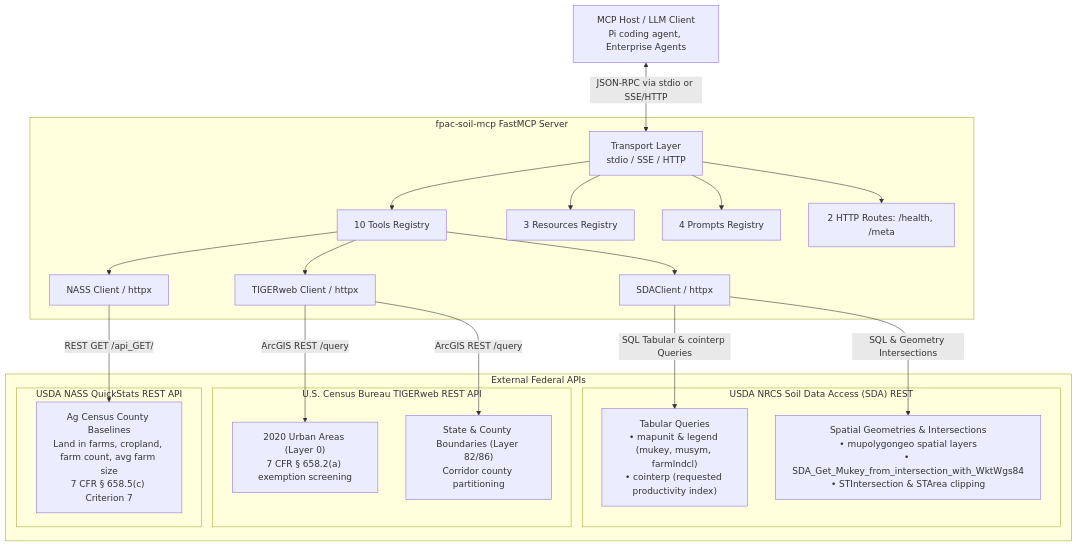
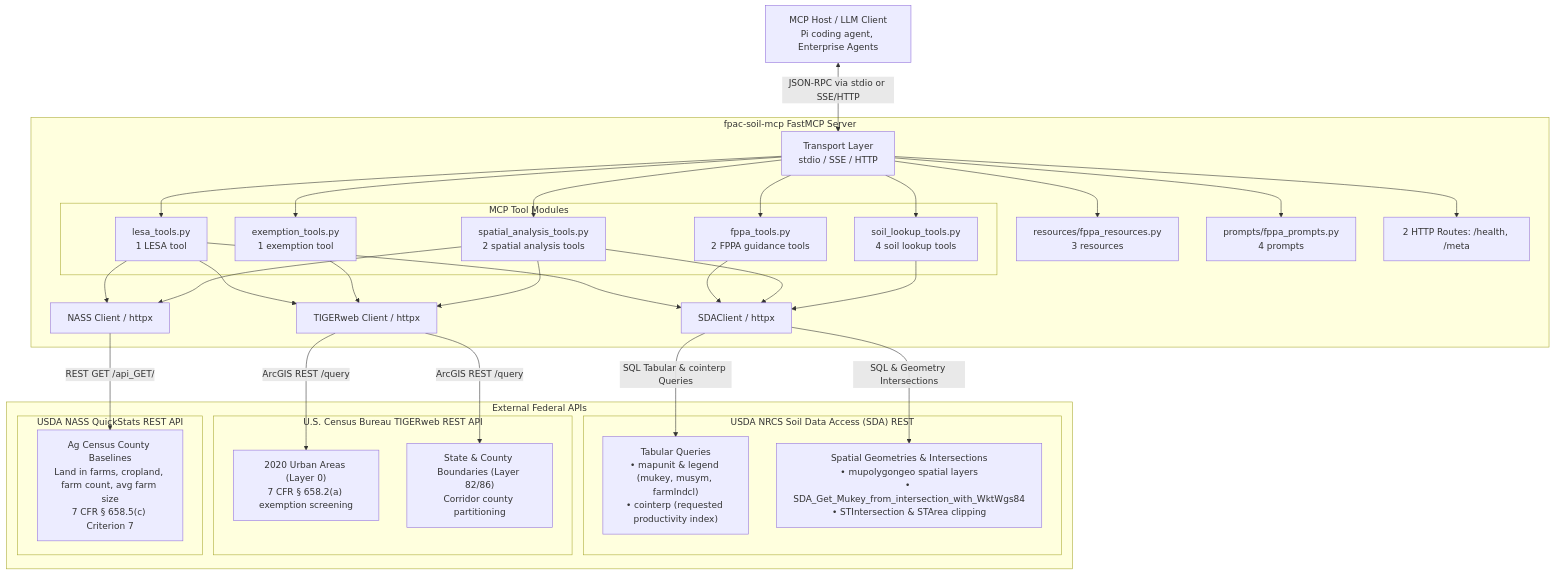
One commit to AndrewBrown-USDA/fpac-soil-mcp changed the diagram in README.md. Above: the diagram before and after it, drawn with Mermaid.

````diff
--- a/README.md
+++ b/README.md
@@ -48,43 +48,59 @@
 ```mermaid
 flowchart TD
     Client["MCP Host / LLM Client\nPi coding agent, Enterprise Agents"]
     
     subgraph FastMCP_Server ["fpac-soil-mcp FastMCP Server"]
         Router["Transport Layer\nstdio / SSE / HTTP"]
-        Tools["10 Tools Registry"]
-        Resources["3 Resources Registry"]
-        Prompts["4 Prompts Registry"]
+        subgraph ToolModules ["MCP Tool Modules"]
+            SoilTools["soil_lookup_tools.py\n4 soil lookup tools"]
+            SpatialTools["spatial_analysis_tools.py\n2 spatial analysis tools"]
+            FppaTools["fppa_tools.py\n2 FPPA guidance tools"]
+            ExemptionTools["exemption_tools.py\n1 exemption tool"]
+            LesaTools["lesa_tools.py\n1 LESA tool"]
+        end
+        Resources["resources/fppa_resources.py\n3 resources"]
+        Prompts["prompts/fppa_prompts.py\n4 prompts"]
         Routes["2 HTTP Routes: /health, /meta"]
         ClientModule["SDAClient / httpx"]
         TIGERClient["TIGERweb Client / httpx"]
         NASSClient["NASS Client / httpx"]
     end
 
     subgraph External_APIs ["External Federal APIs"]
         subgraph SDA ["USDA NRCS Soil Data Access (SDA) REST"]
             SDATabular["Tabular Queries\n• mapunit & legend (mukey, musym, farmlndcl)\n• cointerp (requested productivity index)"]
             SDASpatial["Spatial Geometries & Intersections\n• mupolygongeo spatial layers\n• SDA_Get_Mukey_from_intersection_with_WktWgs84\n• STIntersection & STArea clipping"]
         end
         subgraph TIGERweb ["U.S. Census Bureau TIGERweb REST API"]
             TIGERUrban["2020 Urban Areas (Layer 0)\n7 CFR § 658.2(a) exemption screening"]
             TIGERCounty["State & County Boundaries (Layer 82/86)\nCorridor county partitioning"]
         end
         subgraph NASS ["USDA NASS QuickStats REST API"]
             NASSStats["Ag Census County Baselines\nLand in farms, cropland, farm count, avg farm size\n7 CFR § 658.5(c) Criterion 7"]
         end
     end
 
     Client <-->|JSON-RPC via stdio or SSE/HTTP| Router
-    Router --> Tools
+    Router --> SoilTools
+    Router --> SpatialTools
+    Router --> FppaTools
+    Router --> ExemptionTools
+    Router --> LesaTools
     Router --> Resources
     Router --> Prompts
     Router --> Routes
-    Tools --> ClientModule
-    Tools --> TIGERClient
-    Tools --> NASSClient
+    SoilTools --> ClientModule
+    SpatialTools --> ClientModule
+    SpatialTools --> TIGERClient
+    SpatialTools --> NASSClient
+    FppaTools --> ClientModule
+    ExemptionTools --> TIGERClient
+    LesaTools --> ClientModule
+    LesaTools --> TIGERClient
+    LesaTools --> NASSClient
     ClientModule -->|SQL & Geometry Intersections| SDASpatial
     ClientModule -->|SQL Tabular & cointerp Queries| SDATabular
     TIGERClient -->|ArcGIS REST /query| TIGERUrban
     TIGERClient -->|ArcGIS REST /query| TIGERCounty
     NASSClient -->|REST GET /api_GET/| NASSStats
 ```
````
